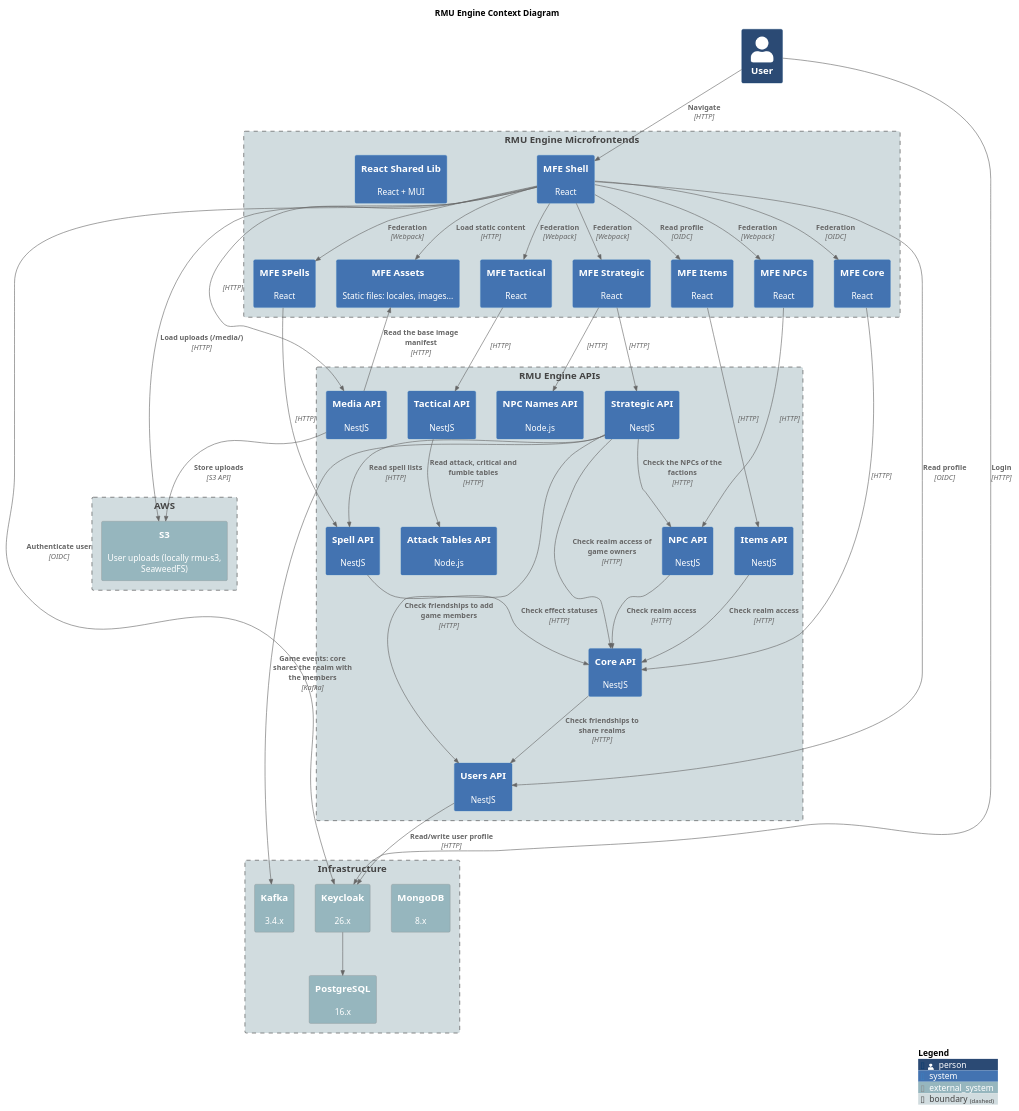
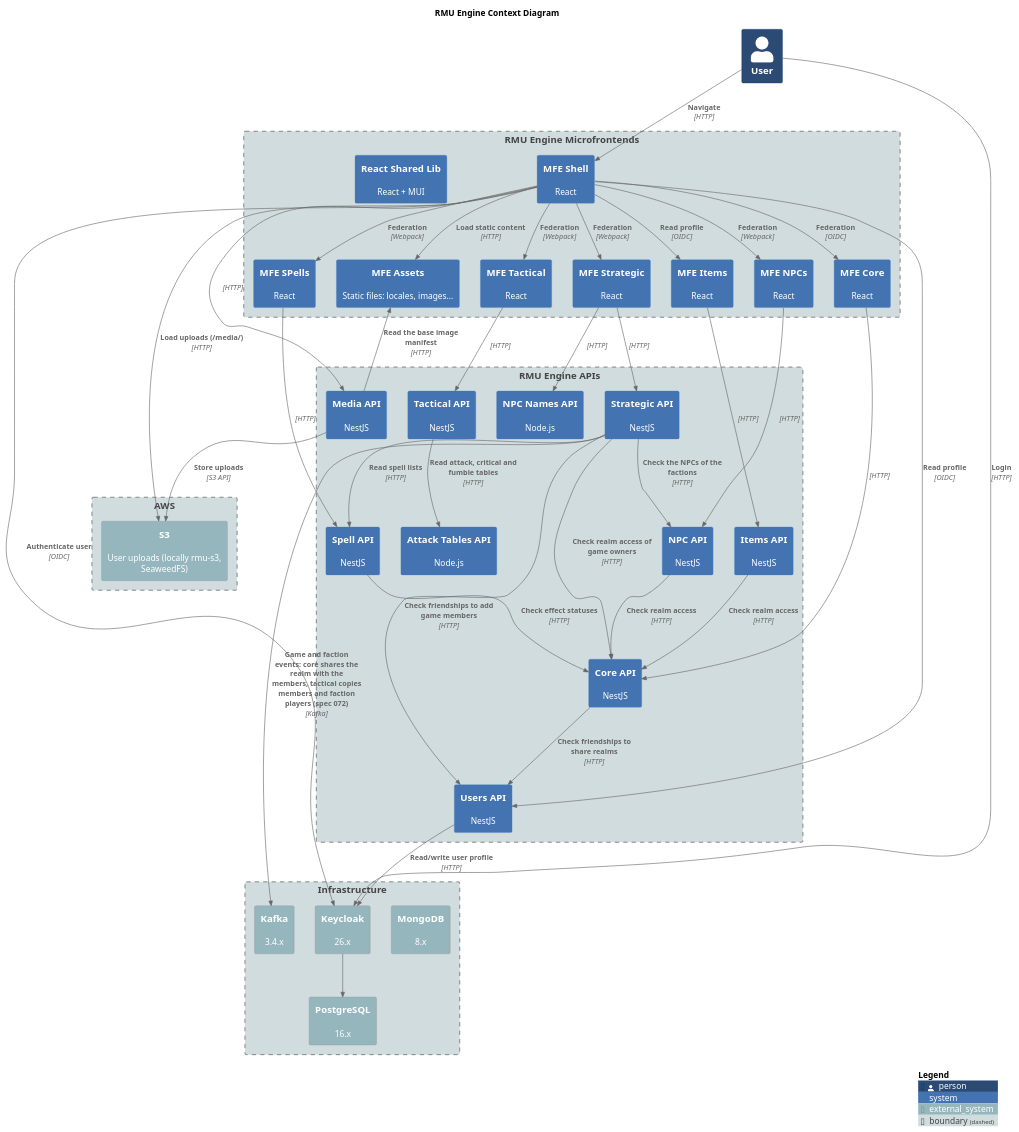
The diagram in docs/architecture/diagrams/c4-context.plantuml (labcabrera/rmu-platform), drawn with PlantUML before and after one commit. The commit also changed 2 other files, not shown here.

Commit message:
feat: migration 075 faction players
Spec 072: faction players from leaders and character owners, tactical game members and
faction players backfilled; registry and C4 updated.

```diff
--- a/docs/architecture/diagrams/c4-context.plantuml
+++ b/docs/architecture/diagrams/c4-context.plantuml
@@ -1,102 +1,102 @@
 @startuml c4-context
 title RMU Engine Context Diagram
 
 !include https://raw.githubusercontent.com/plantuml-stdlib/C4-PlantUML/master/C4_Context.puml
 
 ' LAYOUT_LEFT_RIGHT()
 
 UpdateElementStyle(person, $bgColor="#2b4a74ff")
 UpdateElementStyle(system, $bgColor="#4373b1ff")
 UpdateElementStyle(external_system, $bgColor="#96b6beff")
 UpdateElementStyle(boundary, $bgColor="#d1dcdfff")
 
 Person(user, "User")
 
 Boundary(frontend, "RMU Engine Microfrontends") {
     System(rmu_mfe_shell, "MFE Shell", "React")
     System(rmu_mfe_core, "MFE Core", "React")
     System(rmu_mfe_strategic, "MFE Strategic", "React")
     System(rmu_mfe_tactical, "MFE Tactical", "React")
     System(rmu_mfe_items, "MFE Items", "React")
     System(rmu_mfe_npc, "MFE NPCs", "React")
     System(rmu_mfe_spells, "MFE SPells", "React")
     System(rmu_react_shared_lib, "React Shared Lib", "React + MUI")
     System(rmu_mfe_assets, "MFE Assets", "Static files: locales, images...")
 }
 
 Boundary(apis, "RMU Engine APIs") {
     System(rmu_api_users, "Users API", "NestJS")
     System(rmu_api_core, "Core API", "NestJS")
     System(rmu_api_strategic, "Strategic API", "NestJS")
     System(rmu_api_tactical, "Tactical API", "NestJS")
     System(rmu_api_npc, "NPC API", "NestJS")
     System(rmu_api_npc_names, "NPC Names API", "Node.js")
     System(rmu_api_spells, "Spell API", "NestJS")
     System(rmu_api_items, "Items API", "NestJS")
     System(rmu_api_attack_tables, "Attack Tables API", "Node.js")
     System(rmu_api_media, "Media API", "NestJS")
 }
 
 Boundary(infrastructure, "Infrastructure") {
     System_Ext(mongodb, "MongoDB", "8.x")
     System_Ext(keycloak, "Keycloak", "26.x")
     System_Ext(kafka, "Kafka", "3.4.x")
     System_Ext(postgresql, "PostgreSQL", "16.x")
 }
 
 Boundary(aws, "AWS") {
     System_Ext(s3, "S3", "User uploads (locally rmu-s3, SeaweedFS)")
 }
 
 Rel(user, rmu_mfe_shell, "Navigate", "HTTP")
 Rel(user, keycloak, "Login", "HTTP")
 
 Rel(rmu_mfe_shell, rmu_mfe_core, "Federation", "OIDC")
 Rel(rmu_mfe_shell, rmu_mfe_strategic, "Federation", "Webpack")
 Rel(rmu_mfe_shell, rmu_mfe_tactical, "Federation", "Webpack")
 Rel(rmu_mfe_shell, rmu_mfe_items, "Read profile", "OIDC")
 Rel(rmu_mfe_shell, rmu_mfe_npc, "Federation", "Webpack")
 Rel(rmu_mfe_shell, rmu_mfe_spells, "Federation", "Webpack")
 
 Rel(rmu_mfe_shell, rmu_api_users, "Read profile", "OIDC")
 Rel(rmu_mfe_shell, keycloak, "Authenticate user", "OIDC")
 Rel(rmu_mfe_shell, rmu_mfe_assets, "Load static content", "HTTP")
 Rel(rmu_mfe_shell, rmu_api_media, "", "HTTP")
 
 Rel(rmu_mfe_core, rmu_api_core, "", "HTTP")
 
 Rel(rmu_mfe_strategic, rmu_api_strategic, "", "HTTP")
 Rel(rmu_mfe_strategic, rmu_api_npc_names, "", "HTTP")
 
 Rel(rmu_mfe_tactical, rmu_api_tactical, "", "HTTP")
 
 Rel(rmu_api_users, keycloak, "Read/write user profile", "HTTP")
 
 Rel(rmu_mfe_npc, rmu_api_npc, "", "HTTP")
 
 Rel(rmu_mfe_items, rmu_api_items, "", "HTTP")
 
 Rel(rmu_mfe_spells, rmu_api_spells, "", "HTTP")
 
 Rel(rmu_api_tactical, rmu_api_attack_tables, "Read attack, critical and fumble tables", "HTTP")
 Rel(rmu_api_spells, rmu_api_core, "Check effect statuses", "HTTP")
 Rel(rmu_api_core, rmu_api_users, "Check friendships to share realms", "HTTP")
 Rel(rmu_api_strategic, rmu_api_spells, "Read spell lists", "HTTP")
 Rel(rmu_api_strategic, rmu_api_npc, "Check the NPCs of the factions", "HTTP")
 Rel(rmu_api_strategic, rmu_api_users, "Check friendships to add game members", "HTTP")
 Rel(rmu_api_strategic, rmu_api_core, "Check realm access of game owners", "HTTP")
 Rel(rmu_api_items, rmu_api_core, "Check realm access", "HTTP")
 Rel(rmu_api_npc, rmu_api_core, "Check realm access", "HTTP")
-Rel(rmu_api_strategic, kafka, "Game events: core shares the realm with the members", "Kafka")
+Rel(rmu_api_strategic, kafka, "Game and faction events: core shares the realm with the members, tactical copies members and faction players (spec 072)", "Kafka")
 
 ' Attack API: no longer called by tactical since the combat plugin refactor (workspace spec 003).
 
 Rel(keycloak, postgresql, "", "")
 
 Rel(rmu_api_media, s3, "Store uploads", "S3 API")
 Rel(rmu_api_media, rmu_mfe_assets, "Read the base image manifest", "HTTP")
 Rel(rmu_mfe_shell, s3, "Load uploads (/media/)", "HTTP")
 
 SHOW_LEGEND()
 
 @enduml
```
